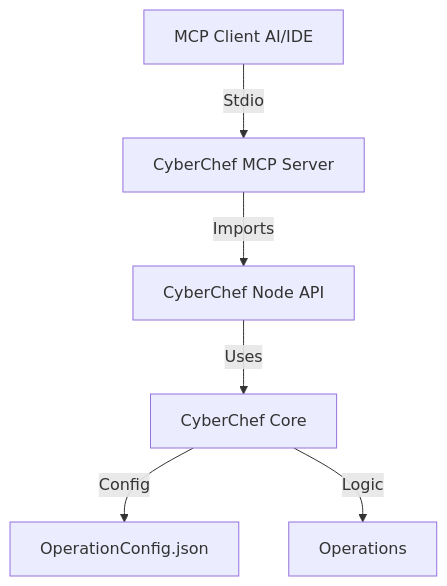
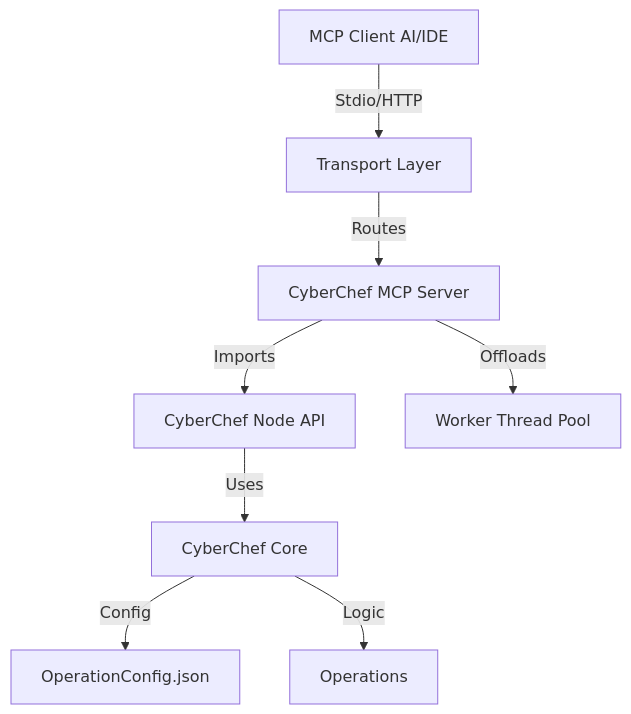
The diagram in docs/architecture/architecture.md (doublegate/CyberChef-MCP), drawn with Mermaid before and after one commit. The commit also changed other lines of this file and 6 other files, not shown here.

````diff
--- a/docs/architecture/architecture.md
+++ b/docs/architecture/architecture.md
@@ -7,8 +7,10 @@
 ```mermaid
 graph TD
-    A[MCP Client AI/IDE] -->|Stdio| B[CyberChef MCP Server]
-    B -->|Imports| C[CyberChef Node API]
-    C -->|Uses| D[CyberChef Core]
-    D -->|Config| E[OperationConfig.json]
-    D -->|Logic| F[Operations]
+    A[MCP Client AI/IDE] -->|Stdio/HTTP| B[Transport Layer]
+    B -->|Routes| C[CyberChef MCP Server]
+    C -->|Imports| D[CyberChef Node API]
+    D -->|Uses| E[CyberChef Core]
+    E -->|Config| F[OperationConfig.json]
+    E -->|Logic| G[Operations]
+    C -->|Offloads| H[Worker Thread Pool]
 ```
````
